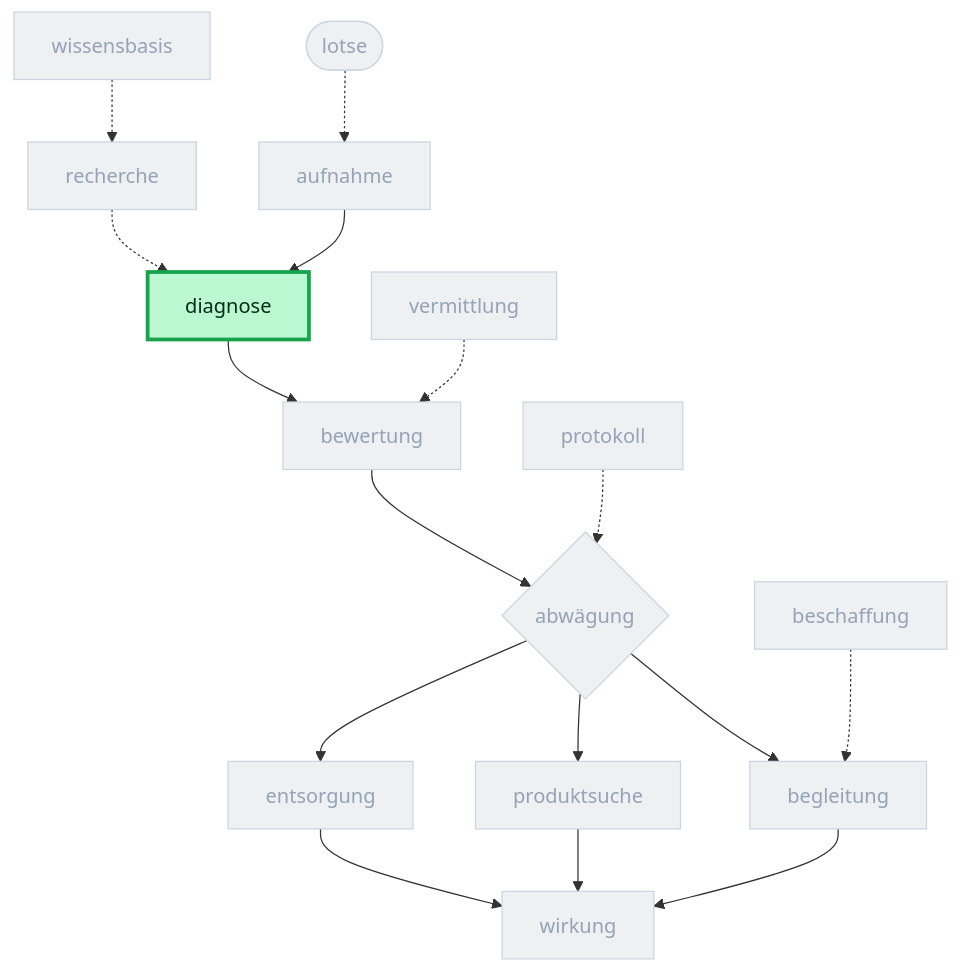
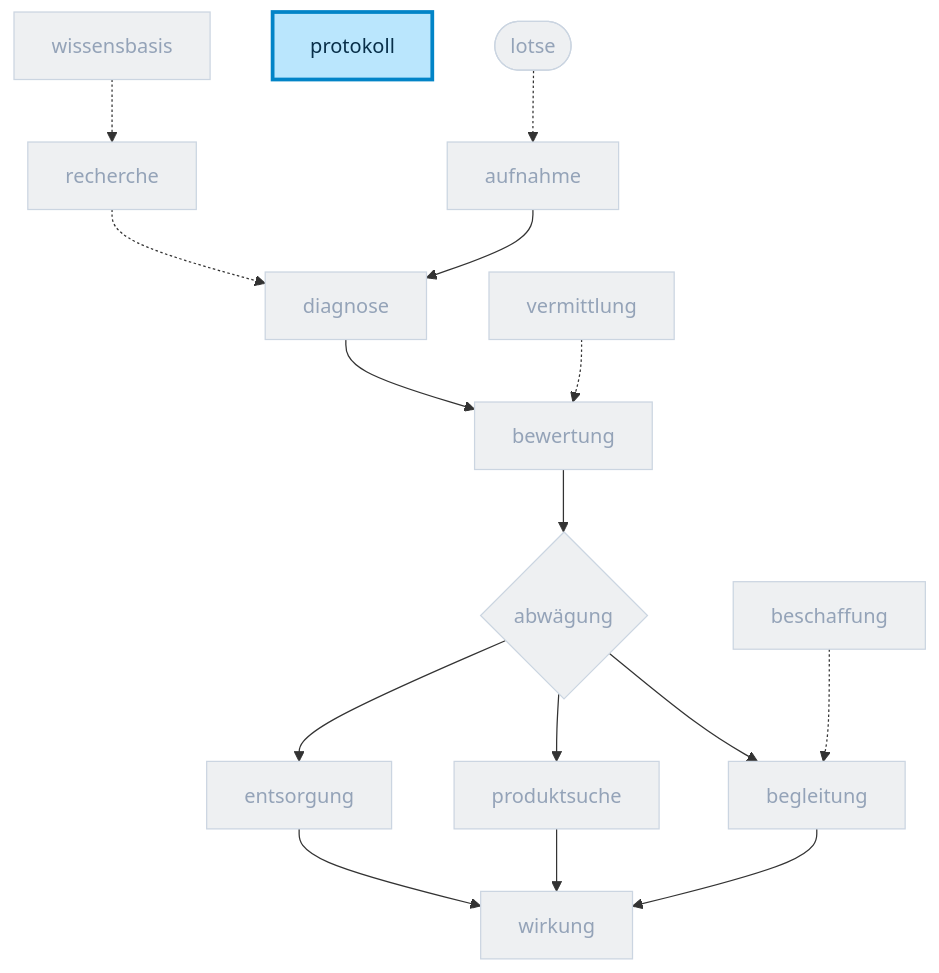
The fourth of 15 diagrams in docs/folien/runtime-roles.adoc (DigitaleOberlausitz/hackathon2026_RepairApp), drawn with Mermaid before and after one commit. The commit also changed other lines of this file and 2 other files, not shown here.

First line of the commit message:
docs(folien): Rollen-Folien narrativ (just-in-time) ordnen + schärfere Diagramme

```diff
--- a/docs/folien/runtime-roles.adoc
+++ b/docs/folien/runtime-roles.adoc
@@ -192,31 +213,30 @@
 [mermaid]
 ....
 flowchart TB
   classDef dim fill:#eef0f2,stroke:#cbd5e1,color:#94a3b8
-  classDef active fill:#bbf7d0,stroke:#16a34a,stroke-width:3px,color:#052e16
+  classDef active fill:#bae6fd,stroke:#0284c7,stroke-width:3px,color:#082f49
   lotse([lotse]):::dim
   aufnahme[aufnahme]:::dim
   diagnose[diagnose]:::dim
   bewertung[bewertung]:::dim
   abwaegung{abwägung}:::dim
   begleitung[begleitung]:::dim
   produktsuche[produktsuche]:::dim
   entsorgung[entsorgung]:::dim
   wirkung[wirkung]:::dim
   recherche[recherche]:::dim
   vermittlung[vermittlung]:::dim
   beschaffung[beschaffung]:::dim
   protokoll[protokoll]:::dim
   wissensbasis[wissensbasis]:::dim
   lotse -.-> aufnahme
   aufnahme --> diagnose --> bewertung --> abwaegung
   abwaegung --> begleitung --> wirkung
   abwaegung --> produktsuche --> wirkung
   abwaegung --> entsorgung --> wirkung
   recherche -.-> diagnose
   vermittlung -.-> bewertung
   beschaffung -.-> begleitung
-  protokoll -.-> abwaegung
   wissensbasis -.-> recherche
-  class diagnose active
+  class protokoll active
 ....
```
